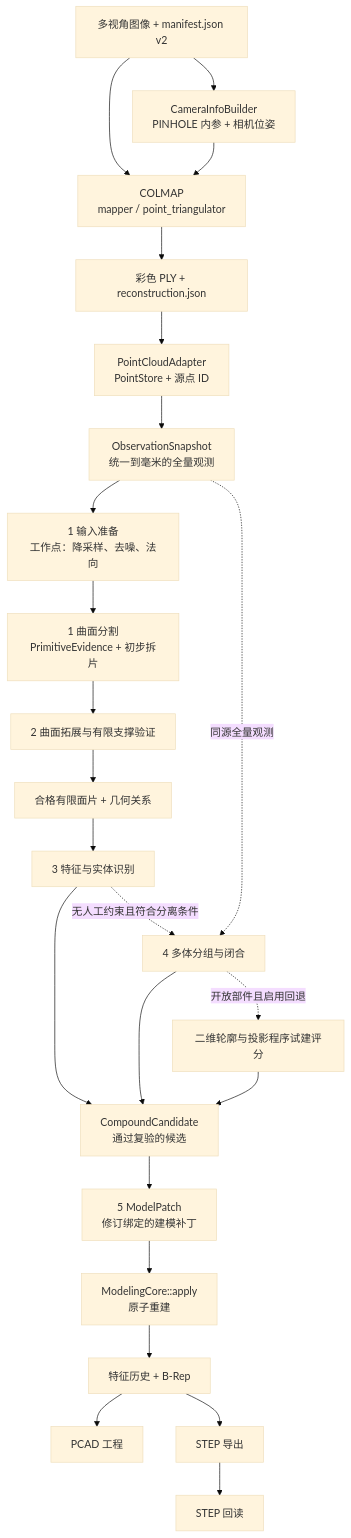
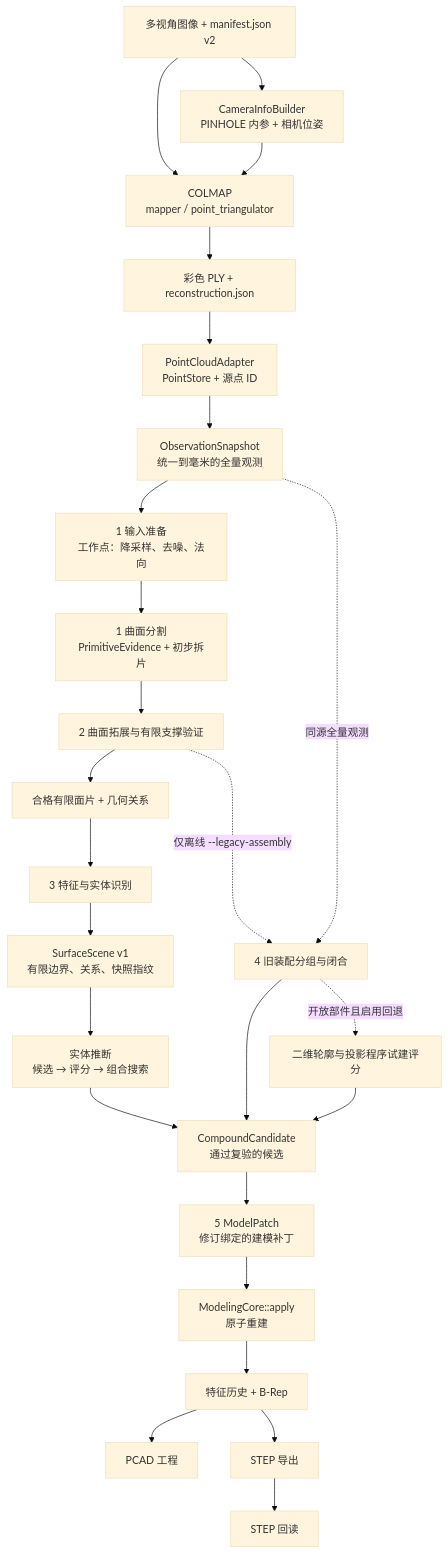
Before and after one commit to ghhufue/Bochu-ParamCAD: the diagram in docs/site/architecture/data-flow.md, drawn with Mermaid (base theme). The commit also changed other lines of this file and 28 other files, not shown here.

Commit message:
docs: document surface scene solid inference and legacy isolation

````diff
--- a/docs/site/architecture/data-flow.md
+++ b/docs/site/architecture/data-flow.md
@@ -7,26 +7,28 @@
 ```mermaid
 flowchart TD
     IMG["多视角图像 + manifest.json v2"] --> CI["CameraInfoBuilder<br/>PINHOLE 内参 + 相机位姿"]
     IMG --> COL["COLMAP<br/>mapper / point_triangulator"]
     CI --> COL
     COL --> PLY["彩色 PLY + reconstruction.json"]
     PLY --> ADP["PointCloudAdapter<br/>PointStore + 源点 ID"]
     ADP --> SNAP["ObservationSnapshot<br/>统一到毫米的全量观测"]
     SNAP --> PRE["1 输入准备<br/>工作点：降采样、去噪、法向"]
     PRE --> EVI["1 曲面分割<br/>PrimitiveEvidence + 初步拆片"]
     EVI --> SUP["2 曲面拓展与有限支撑验证"]
     SUP --> PATCH["合格有限面片 + 几何关系"]
     PATCH --> REC["3 特征与实体识别"]
-    REC --> CAND["CompoundCandidate<br/>通过复验的候选"]
-    REC -. "无人工约束且符合分离条件" .-> ASM["4 多体分组与闭合"]
+    REC --> SCENE["SurfaceScene v1<br/>有限边界、关系、快照指纹"]
+    SCENE --> INFER["实体推断<br/>候选 → 评分 → 组合搜索"]
+    INFER --> CAND["CompoundCandidate<br/>通过复验的候选"]
+    SUP -. "仅离线 --legacy-assembly" .-> ASM["4 旧装配分组与闭合"]
     SNAP -. "同源全量观测" .-> ASM
     ASM --> CAND
     ASM -. "开放部件且启用回退" .-> PROJ["二维轮廓与投影程序试建评分"]
     PROJ --> CAND
     CAND --> PLAN["5 ModelPatch<br/>修订绑定的建模补丁"]
     PLAN --> APPLY["ModelingCore::apply<br/>原子重建"]
     APPLY --> BREP["特征历史 + B-Rep"]
     BREP --> PCAD["PCAD 工程"]
     BREP --> STEP["STEP 导出"]
     STEP --> READ["STEP 回读"]
 ```
````
